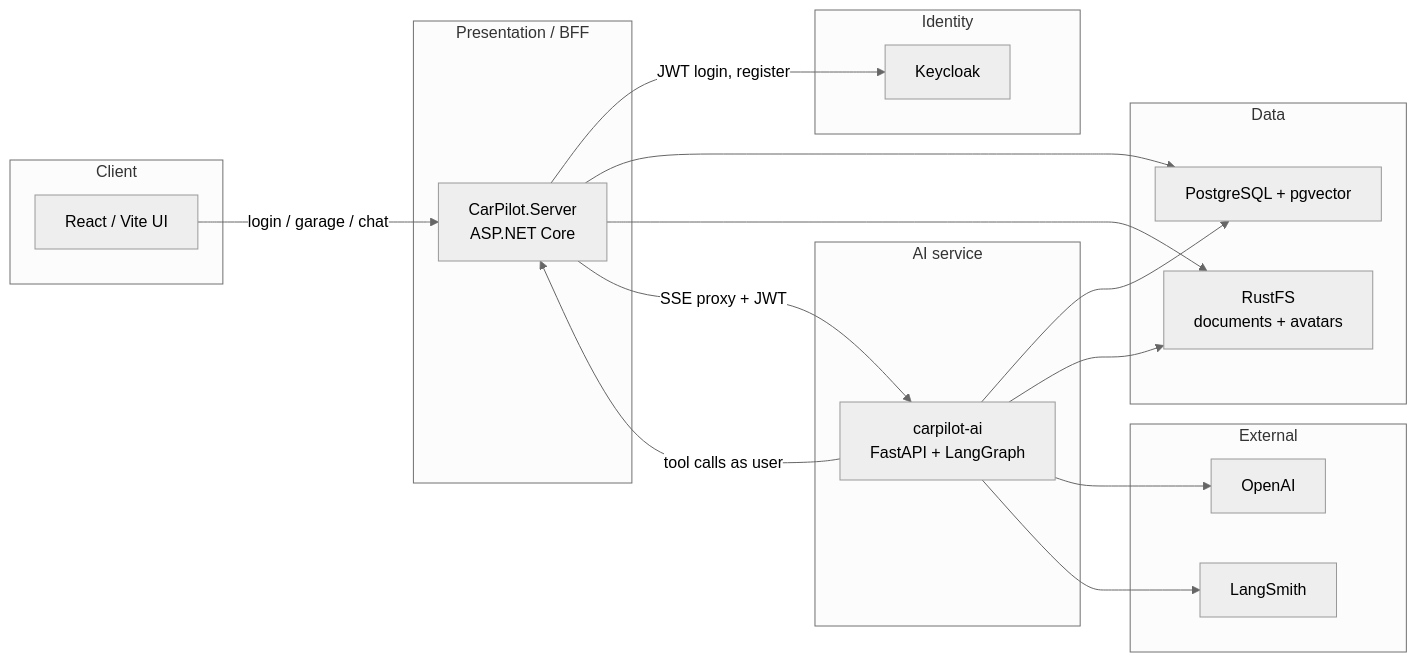
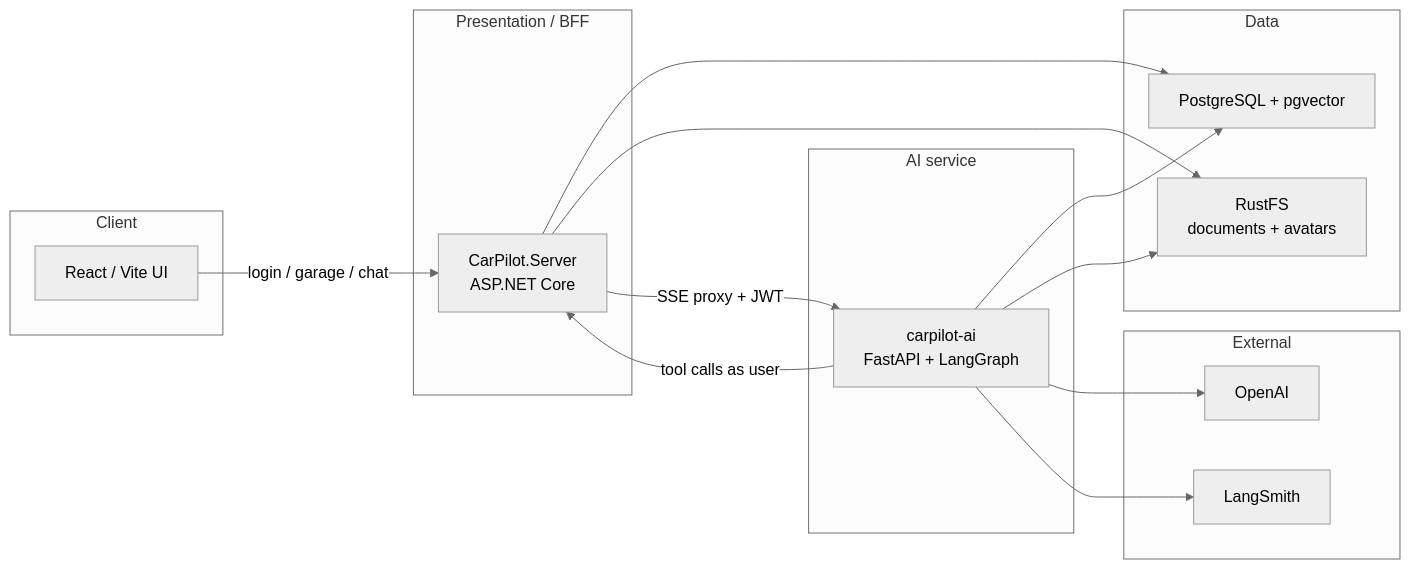
Before and after one commit to Sharkty21/CarPilot: the diagram in README.md, drawn with Mermaid (neutral theme). The commit also changed other lines of this file and 21 other files, not shown here.

````diff
--- a/README.md
+++ b/README.md
@@ -9,39 +9,34 @@
 ```mermaid
 flowchart LR
   subgraph Client
     Browser["React / Vite UI"]
   end
 
   subgraph Presentation["Presentation / BFF"]
     Server["CarPilot.Server<br/>ASP.NET Core"]
   end
 
   subgraph AI["AI service"]
     LangGraph["carpilot-ai<br/>FastAPI + LangGraph"]
   end
 
-  subgraph Identity
-    Keycloak["Keycloak"]
-  end
-
   subgraph Data
     PG["PostgreSQL + pgvector"]
     RustFS["RustFS<br/>documents + avatars"]
   end
 
   subgraph External
     OpenAI["OpenAI"]
     LangSmith["LangSmith"]
   end
 
   Browser -->|"login / garage / chat"| Server
-  Server -->|"JWT login, register"| Keycloak
   Server --> PG
   Server --> RustFS
   Server -->|"SSE proxy + JWT"| LangGraph
   LangGraph -->|"tool calls as user"| Server
   LangGraph --> PG
   LangGraph --> RustFS
   LangGraph --> OpenAI
   LangGraph --> LangSmith
 ```
````
